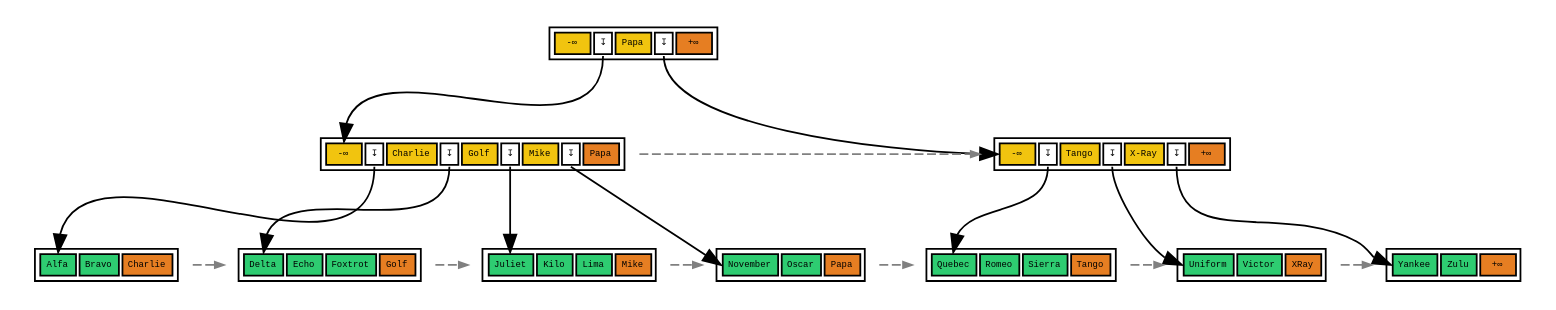
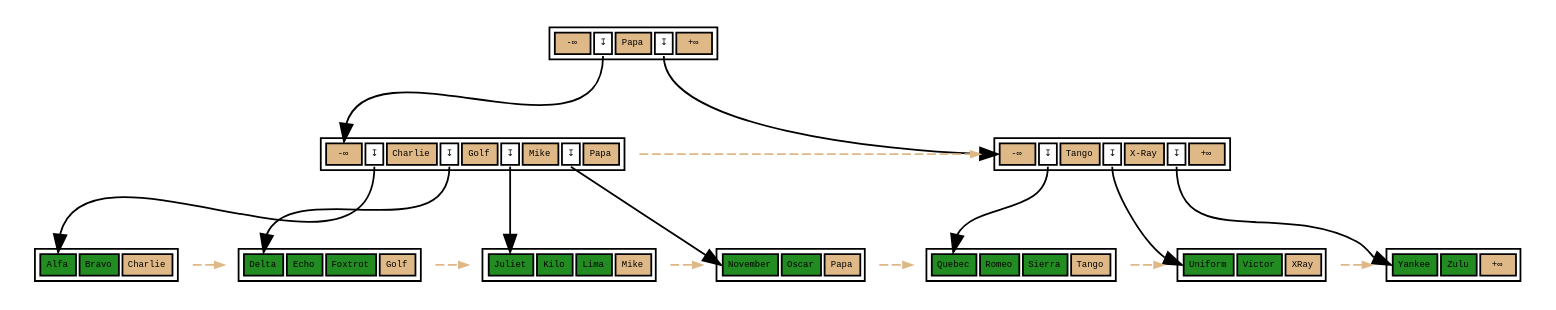
One commit to petergeoghegan/pg_query_internals changed the diagram in cute-btree.dot. Above: the diagram before and after it, drawn with Graphviz.

Commit message:
Refine cute B-Tree dotfile

```diff
--- a/cute-btree.dot
+++ b/cute-btree.dot
@@ -1,166 +1,160 @@
 // Example B-Tree graph
 //
 // Breadth-first order
 //
 // Start from root, go left to right
 //
 // Workflow:
 //
 // $ dot -T svg btree.dot -o btree.svg;
 
-// #000000 -- black
-// #2ECC71 -- green
-// #F1C40F -- yellow
-// #E67E22 -- brown
-// #ECF0F1 -- gray
-
 digraph nbtree {
 graph [fontname = "monospace"];
 node [shape = none,height=.1,fontname = "monospace",fontsize=5];
 // Level 2 (Root internal level)
 rootnode[ label=<<table width="70">
                     <tr>
-                        <td bgcolor='#F1C40F' width="20" port="f0">-&infin;</td>
+                        <td bgcolor='burlywood' width="20" port="f0">-&infin;</td>
                         <td bgcolor='#FFFFFF' width="1" port="f1">&#8615;</td>
-                        <td bgcolor='#F1C40F' width="20" port="f2">Papa</td>
+                        <td bgcolor='burlywood' width="20" port="f2">Papa</td>
                         <td bgcolor='#FFFFFF' width="1" port="f3">&#8615;</td>
-                        <td bgcolor='#E67E22' width="20">+&infin;</td>
+                        <td bgcolor='burlywood' width="20">+&infin;</td>
                     </tr>
                 </table>
                >
         ];
-// Downlinks to children:
+// Downlink arrows to children:
 "rootnode":f1 -> "leftinternal":f0
 "rootnode":f3 -> "rightinternal":f0
 // sibling pointer:
 // (None)
 
 
 // Level 1 (Internal level)
 // Downlinks + highkey:
 leftinternal[ label=<<table width="70">
                     <tr>
-                        <td bgcolor='#F1C40F' width="20" port="f0">-&infin;</td>
+                        <td bgcolor='burlywood' width="20" port="f0">-&infin;</td>
                         <td bgcolor='#FFFFFF' width="1" port="f1">&#8615;</td>
-                        <td bgcolor='#F1C40F' width="20" port="f2">Charlie</td>
+                        <td bgcolor='burlywood' width="20" port="f2">Charlie</td>
                         <td bgcolor='#FFFFFF' width="1" port="f3">&#8615;</td>
-                        <td bgcolor='#F1C40F' width="20" port="f4">Golf</td>
+                        <td bgcolor='burlywood' width="20" port="f4">Golf</td>
                         <td bgcolor='#FFFFFF' width="1" port="f5">&#8615;</td>
-                        <td bgcolor='#F1C40F' width="20" port="f6">Mike</td>
+                        <td bgcolor='burlywood' width="20" port="f6">Mike</td>
                         <td bgcolor='#FFFFFF' width="1" port="f7">&#8615;</td>
-                        <td bgcolor='#E67E22' width="20">Papa</td>
+                        <td bgcolor='burlywood' width="20">Papa</td>
                     </tr>
                 </table>
                >
         ];
-// Downlinks to children:
-"leftinternal":f1 -> "node0_1":f0
-"leftinternal":f3 -> "node0_2":f0
-"leftinternal":f5 -> "node0_3":f0
-"leftinternal":f7 -> "node0_4":f0
+// Downlink arrows to children:
+"leftinternal":f1 -> "leafnode_1":f0
+"leftinternal":f3 -> "leafnode_2":f0
+"leftinternal":f5 -> "leafnode_3":f0
+"leftinternal":f7 -> "leafnode_4":f0
 // sibling pointer:
-"leftinternal" -> "rightinternal"[constraint=false,color=gray,style=dashed,arrowsize=0.5]
+"leftinternal" -> "rightinternal"[constraint=false,color=burlywood,style=dashed,arrowsize=0.5]
 // Downlinks + highkey:
 rightinternal[ label=<<table width="70">
                     <tr>
-                        <td bgcolor='#F1C40F' width="20" port="f0">-&infin;</td>
+                        <td bgcolor='burlywood' width="20" port="f0">-&infin;</td>
                         <td bgcolor='#FFFFFF' width="1" port="f1">&#8615;</td>
-                        <td bgcolor='#F1C40F' width="20" port="f2">Tango</td>
+                        <td bgcolor='burlywood' width="20" port="f2">Tango</td>
                         <td bgcolor='#FFFFFF' width="1" port="f3">&#8615;</td>
-                        <td bgcolor='#F1C40F' width="20" port="f4">X-Ray</td>
+                        <td bgcolor='burlywood' width="20" port="f4">X-Ray</td>
                         <td bgcolor='#FFFFFF' width="1" port="f5">&#8615;</td>
-                        <td bgcolor='#E67E22' width="20">+&infin;</td>
+                        <td bgcolor='burlywood' width="20">+&infin;</td>
                     </tr>
                 </table>
                >
         ];
-// Downlinks to children:
-"rightinternal":f1 -> "node0_5":f0
-"rightinternal":f3 -> "node0_6":f0
-"rightinternal":f5 -> "node0_7":f0
+// Downlink arrows to children:
+"rightinternal":f1 -> "leafnode_5":f0
+"rightinternal":f3 -> "leafnode_6":f0
+"rightinternal":f5 -> "leafnode_7":f0
 // sibling pointer:
 // (None)
 
 
 // Level 0 (leaf level)
-node0_1[ label=<<table width="70">
+leafnode_1[ label=<<table width="70">
                     <tr>
-                        <td bgcolor='#2ECC71' width="20" port="f0">Alfa</td>
-                        <td bgcolor='#2ECC71' width="20" port="f1">Bravo</td>
-                        <td bgcolor='#E67E22' width="20">Charlie</td>
+                        <td bgcolor='forestgreen' width="20" port="f0">Alfa</td>
+                        <td bgcolor='forestgreen' width="20" port="f1">Bravo</td>
+                        <td bgcolor='burlywood' width="20">Charlie</td>
                     </tr>
                 </table>
                >
         ];
 // sibling pointer:
-"node0_1" -> "node0_2"[constraint=false,color=gray,style=dashed,arrowsize=0.5]
-node0_2[ label=<<table width="70">
+"leafnode_1" -> "leafnode_2"[constraint=false,color=burlywood,style=dashed,arrowsize=0.5]
+leafnode_2[ label=<<table width="70">
                     <tr>
-                        <td bgcolor='#2ECC71' width="20" port="f0">Delta</td>
-                        <td bgcolor='#2ECC71' width="20" port="f1">Echo</td>
-                        <td bgcolor='#2ECC71' width="20" port="f2">Foxtrot</td>
-                        <td bgcolor='#E67E22' width="20">Golf</td>
+                        <td bgcolor='forestgreen' width="20" port="f0">Delta</td>
+                        <td bgcolor='forestgreen' width="20" port="f1">Echo</td>
+                        <td bgcolor='forestgreen' width="20" port="f2">Foxtrot</td>
+                        <td bgcolor='burlywood' width="20">Golf</td>
                     </tr>
                 </table>
                >
         ];
 // sibling pointer:
-"node0_2" -> "node0_3"[constraint=false,color=gray,style=dashed,arrowsize=0.5]
-node0_3[ label=<<table width="70">
+"leafnode_2" -> "leafnode_3"[constraint=false,color=burlywood,style=dashed,arrowsize=0.5]
+leafnode_3[ label=<<table width="70">
                     <tr>
-                        <td bgcolor='#2ECC71' width="20" port="f0">Juliet</td>
-                        <td bgcolor='#2ECC71' width="20" port="f1">Kilo</td>
-                        <td bgcolor='#2ECC71' width="20" port="f2">Lima</td>
-                        <td bgcolor='#E67E22' width="20">Mike</td>
+                        <td bgcolor='forestgreen' width="20" port="f0">Juliet</td>
+                        <td bgcolor='forestgreen' width="20" port="f1">Kilo</td>
+                        <td bgcolor='forestgreen' width="20" port="f2">Lima</td>
+                        <td bgcolor='burlywood' width="20">Mike</td>
                     </tr>
                 </table>
                >
         ];
 // sibling pointer:
-"node0_3" -> "node0_4"[constraint=false,color=gray,style=dashed,arrowsize=0.5]
-node0_4[ label=<<table width="70">
+"leafnode_3" -> "leafnode_4"[constraint=false,color=burlywood,style=dashed,arrowsize=0.5]
+leafnode_4[ label=<<table width="70">
                     <tr>
-                        <td bgcolor='#2ECC71' width="20" port="f0">November</td>
-                        <td bgcolor='#2ECC71' width="20" port="f1">Oscar</td>
-                        <td bgcolor='#E67E22' width="20">Papa</td>
+                        <td bgcolor='forestgreen' width="20" port="f0">November</td>
+                        <td bgcolor='forestgreen' width="20" port="f1">Oscar</td>
+                        <td bgcolor='burlywood' width="20">Papa</td>
                     </tr>
                 </table>
                >
         ];
 // sibling pointer:
-"node0_4" -> "node0_5"[constraint=false,color=gray,style=dashed,arrowsize=0.5]
-node0_5[ label=<<table width="70">
+"leafnode_4" -> "leafnode_5"[constraint=false,color=burlywood,style=dashed,arrowsize=0.5]
+leafnode_5[ label=<<table width="70">
                     <tr>
-                        <td bgcolor='#2ECC71' width="20" port="f0">Quebec</td>
-                        <td bgcolor='#2ECC71' width="20" port="f1">Romeo</td>
-                        <td bgcolor='#2ECC71' width="20" port="f2">Sierra</td>
-                        <td bgcolor='#E67E22' width="20">Tango</td>
+                        <td bgcolor='forestgreen' width="20" port="f0">Quebec</td>
+                        <td bgcolor='forestgreen' width="20" port="f1">Romeo</td>
+                        <td bgcolor='forestgreen' width="20" port="f2">Sierra</td>
+                        <td bgcolor='burlywood' width="20">Tango</td>
                     </tr>
                 </table>
                >
         ];
 // sibling pointer:
-"node0_5" -> "node0_6"[constraint=false,color=gray,style=dashed,arrowsize=0.5]
-node0_6[ label=<<table width="70">
+"leafnode_5" -> "leafnode_6"[constraint=false,color=burlywood,style=dashed,arrowsize=0.5]
+leafnode_6[ label=<<table width="70">
                     <tr>
-                        <td bgcolor='#2ECC71' width="20" port="f0">Uniform</td>
-                        <td bgcolor='#2ECC71' width="20" port="f1">Victor</td>
-                        <td bgcolor='#E67E22' width="20">XRay</td>
+                        <td bgcolor='forestgreen' width="20" port="f0">Uniform</td>
+                        <td bgcolor='forestgreen' width="20" port="f1">Victor</td>
+                        <td bgcolor='burlywood' width="20">XRay</td>
                     </tr>
                 </table>
                >
         ];
 // sibling pointer:
-"node0_6" -> "node0_7"[constraint=false,color=gray,style=dashed,arrowsize=0.5]
-node0_7[ label=<<table width="70">
+"leafnode_6" -> "leafnode_7"[constraint=false,color=burlywood,style=dashed,arrowsize=0.5]
+leafnode_7[ label=<<table width="70">
                     <tr>
-                        <td bgcolor='#2ECC71' width="20" port="f0">Yankee</td>
-                        <td bgcolor='#2ECC71' width="20" port="f1">Zulu</td>
-                        <td bgcolor='#E67E22' width="20">+&infin;</td>
+                        <td bgcolor='forestgreen' width="20" port="f0">Yankee</td>
+                        <td bgcolor='forestgreen' width="20" port="f1">Zulu</td>
+                        <td bgcolor='burlywood' width="20">+&infin;</td>
                     </tr>
                 </table>
                >
         ];
 // sibling pointer:
 // (None)
 }
```
